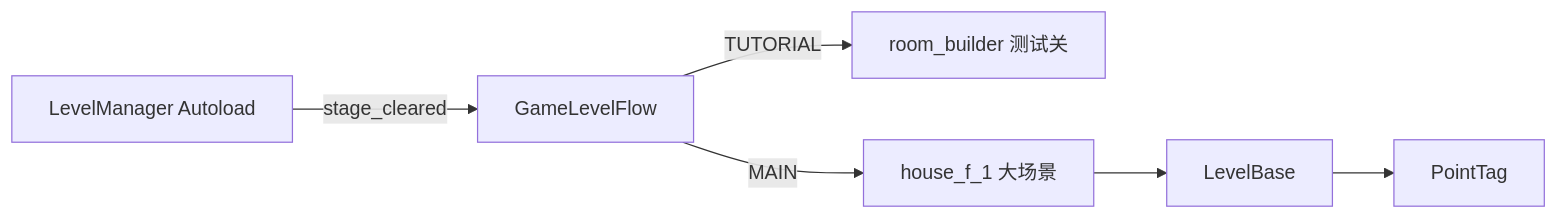
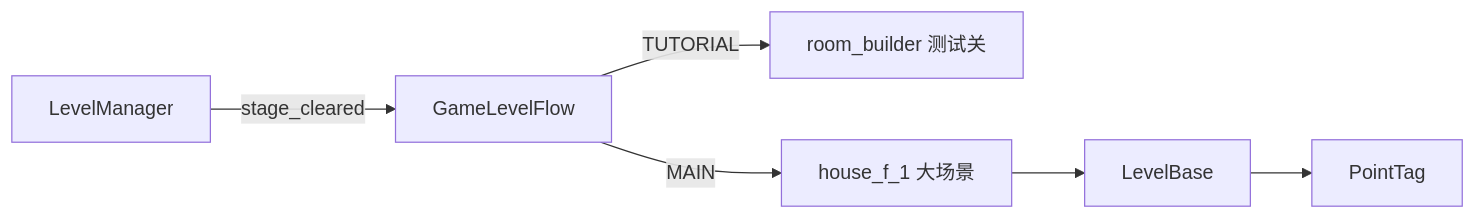
Before and after one commit to 05-chen/The_Game_Jam_Object: the third of 5 diagrams in README.md, drawn with Mermaid. The commit also changed other lines of this file, not shown here.

````diff
--- a/README.md
+++ b/README.md
@@ -240,15 +226,15 @@
 ```mermaid
 flowchart LR
-    LM[LevelManager Autoload]
+    LM[LevelManager]
     GLF[GameLevelFlow]
     RB[room_builder 测试关]
     HF[house_f_1 大场景]
     LB[LevelBase]
     PT[PointTag]
 
     LM -->|stage_cleared| GLF
     GLF -->|TUTORIAL| RB
     GLF -->|MAIN| HF
     HF --> LB
     LB --> PT
 ```
````
